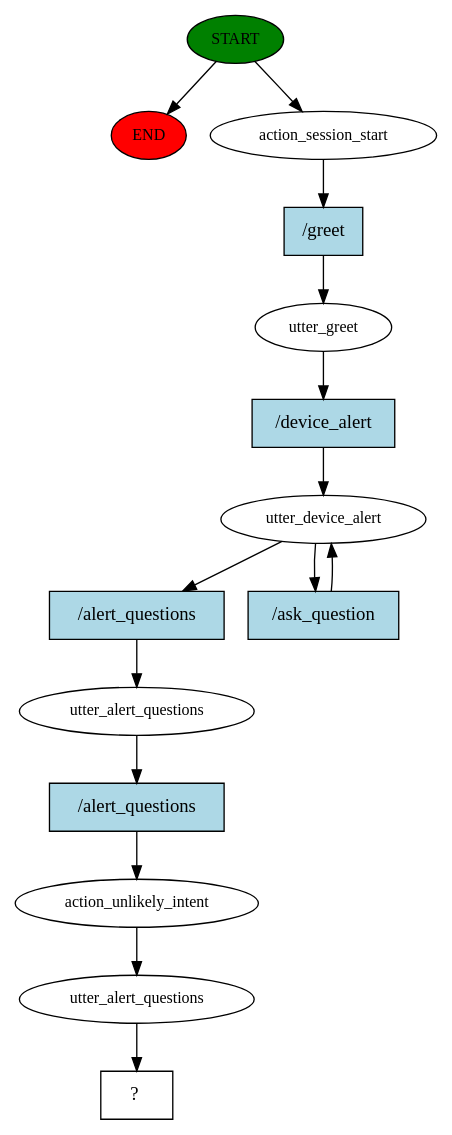
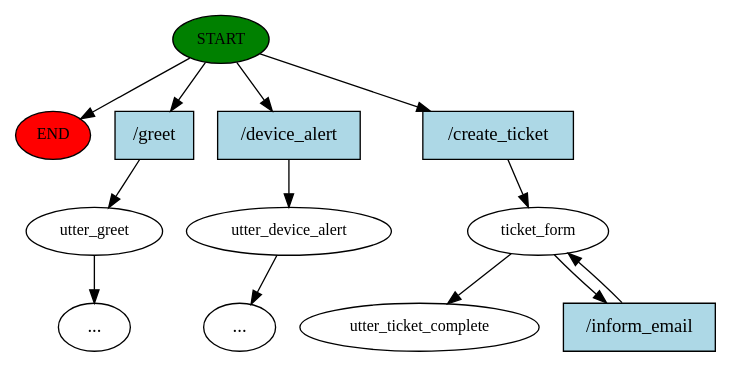
Before and after one commit to onosproject/chronos-exporter: the diagram in rasa-models/rasa/story_graph.dot, drawn with Graphviz. The commit also changed 9 other files, not shown here.

```diff
--- a/rasa-models/rasa/story_graph.dot
+++ b/rasa-models/rasa/story_graph.dot
@@ -1,30 +1,26 @@
 digraph  {
 0 [class="start active", fillcolor=green, fontsize=12, label=START, style=filled];
 "-1" [class=end, fillcolor=red, fontsize=12, label=END, style=filled];
-1 [class=active, fontsize=12, label=action_session_start];
-2 [class=active, fontsize=12, label=utter_greet];
-3 [class=active, fontsize=12, label=utter_device_alert];
-5 [class=active, fontsize=12, label=utter_alert_questions];
-6 [class=active, fontsize=12, label=action_unlikely_intent];
-7 [class=active, fontsize=12, label=utter_alert_questions];
-8 [class="intent dashed active", label="  ?  ", shape=rect];
-9 [class="intent active", fillcolor=lightblue, label="/greet", shape=rect, style=filled];
-10 [class="intent active", fillcolor=lightblue, label="/device_alert", shape=rect, style=filled];
-11 [class="intent active", fillcolor=lightblue, label="/alert_questions", shape=rect, style=filled];
-12 [class="intent active", fillcolor=lightblue, label="/ask_question", shape=rect, style=filled];
-13 [class="intent active", fillcolor=lightblue, label="/alert_questions", shape=rect, style=filled];
+1 [class="", fontsize=12, label=utter_greet];
+"-3" [class=ellipsis, label="..."];
+2 [class="", fontsize=12, label=utter_device_alert];
+"-8" [class=ellipsis, label="..."];
+7 [class=active, fontsize=12, label=ticket_form];
+9 [class="dashed active", fontsize=12, label=utter_ticket_complete];
+10 [class=intent, fillcolor=lightblue, label="/greet", shape=rect, style=filled];
+11 [class=intent, fillcolor=lightblue, label="/device_alert", shape=rect, style=filled];
+12 [class="intent active", fillcolor=lightblue, label="/create_ticket", shape=rect, style=filled];
+13 [class="intent active", fillcolor=lightblue, label="/inform_email", shape=rect, style=filled];
 0 -> "-1"  [class="", key=NONE, label=""];
-0 -> 1  [class=active, key=NONE, label=""];
-1 -> 9  [class=active, key=0];
-2 -> 10  [class=active, key=0];
-3 -> 11  [class=active, key=0];
-3 -> 12  [class=active, key=0];
-5 -> 13  [class=active, key=0];
-6 -> 7  [class=active, key=NONE, label=""];
-7 -> 8  [class=active, key=NONE, label=""];
-9 -> 2  [class=active, key=0];
-10 -> 3  [class=active, key=0];
-11 -> 5  [class=active, key=0];
-12 -> 3  [class=active, key=0];
-13 -> 6  [class=active, key=0];
+0 -> 10  [class="", key=0];
+0 -> 11  [class="", key=0];
+0 -> 12  [class=active, key=0];
+1 -> "-3"  [class="", key=NONE, label=""];
+2 -> "-8"  [class="", key=NONE, label=""];
+7 -> 9  [class=active, key=NONE, label=""];
+7 -> 13  [class=active, key=0];
+10 -> 1  [class="", key=0];
+11 -> 2  [class="", key=0];
+12 -> 7  [class=active, key=0];
+13 -> 7  [class=active, key=0];
 }
```
